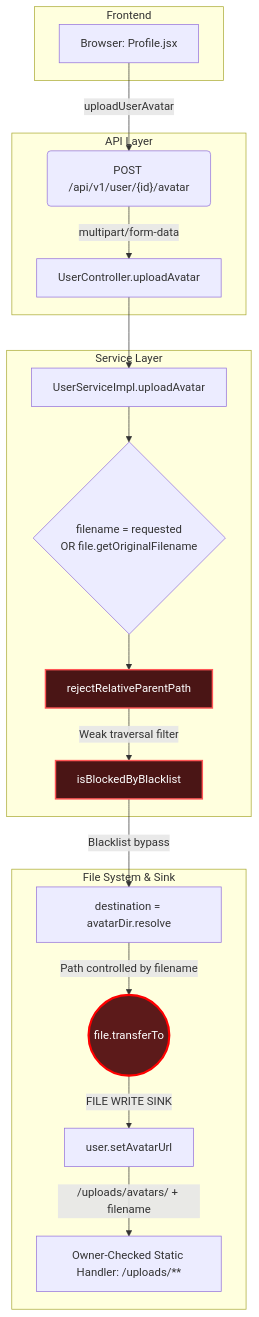
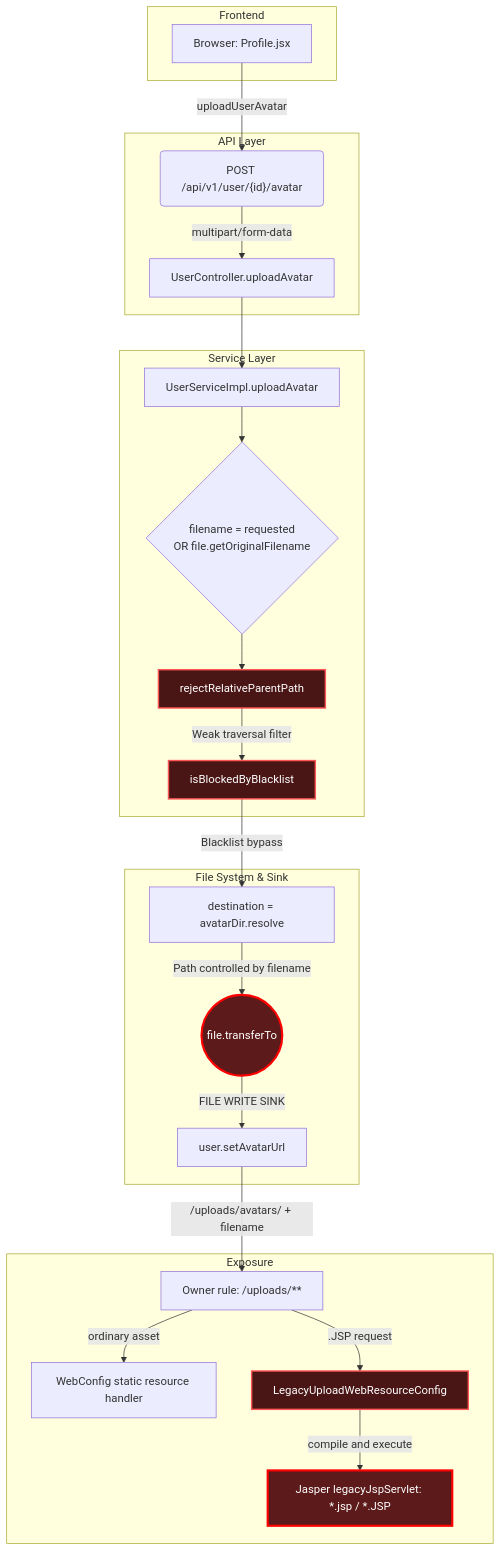
Before and after one commit to tr1la/WebLab_KTVAirline: the first of 44 diagrams in Report/Weblab All Vulnerabilities.md, drawn with Mermaid. The commit also changed other lines of this file and 4 other files, not shown here.

````diff
--- a/Report/Weblab All Vulnerabilities.md
+++ b/Report/Weblab All Vulnerabilities.md
@@ -29,44 +32,53 @@
 ```mermaid
 graph TD
     subgraph Frontend
         A["Browser: Profile.jsx"]
     end
 
     subgraph API Layer
         B("POST /api/v1/user/{id}/avatar")
         C["UserController.uploadAvatar"]
     end
 
     subgraph Service Layer
         D["UserServiceImpl.uploadAvatar"]
         E{"filename = requested <br> OR file.getOriginalFilename"}
         F["rejectRelativeParentPath"]
         G["isBlockedByBlacklist"]
     end
 
     subgraph File System & Sink
         H["destination = avatarDir.resolve"]
         I(("file.transferTo"))
         J["user.setAvatarUrl"]
-        K["Owner-Checked Static Handler: /uploads/**"]
+    end
+
+    subgraph Exposure
+        K["Owner rule: /uploads/**"]
+        L["WebConfig static resource handler"]
+        M["LegacyUploadWebResourceConfig"]
+        N["Jasper legacyJspServlet: *.jsp / *.JSP"]
     end
 
     %% Luồng dữ liệu và Ghi chú Lỗ hổng
     A -->|uploadUserAvatar| B
     B -->|multipart/form-data| C
     C --> D
     D --> E
     E --> F
     F -->|Weak traversal filter| G
     G -->|Blacklist bypass| H
     H -->|Path controlled by filename| I
     I -->|FILE WRITE SINK| J
     J -->|/uploads/avatars/ + filename| K
+    K -->|ordinary asset| L
+    K -->|.JSP request| M
+    M -->|compile and execute| N
 
     %% Đổ màu (Styling) để highlight lỗ hổng cho Report
     classDef vuln fill:#4a1515,stroke:#ff5555,stroke-width:2px,color:#fff;
     classDef sink fill:#5c1a1a,stroke:#ff0000,stroke-width:3px,color:#fff;
     
-    class F,G vuln;
-    class I sink;
+    class F,G,M,N vuln;
+    class I,N sink;
 ```
````
